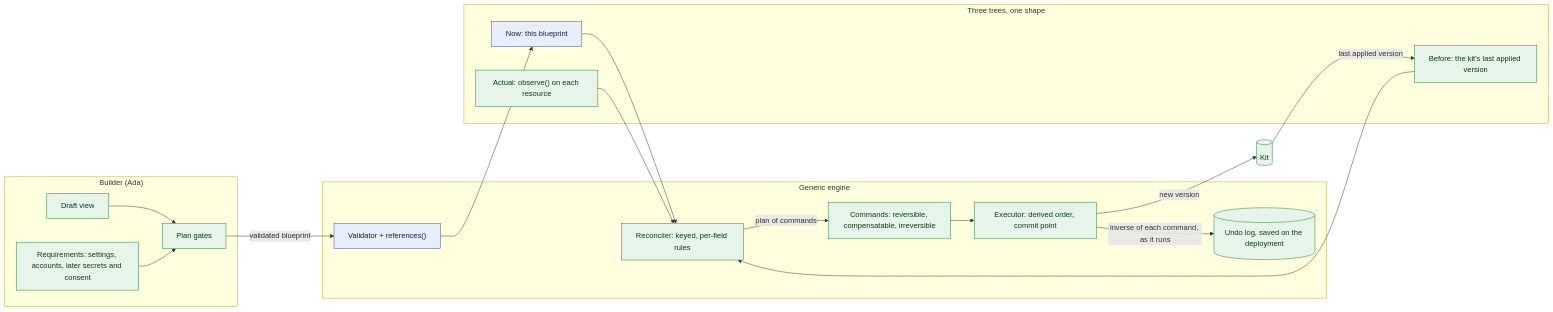
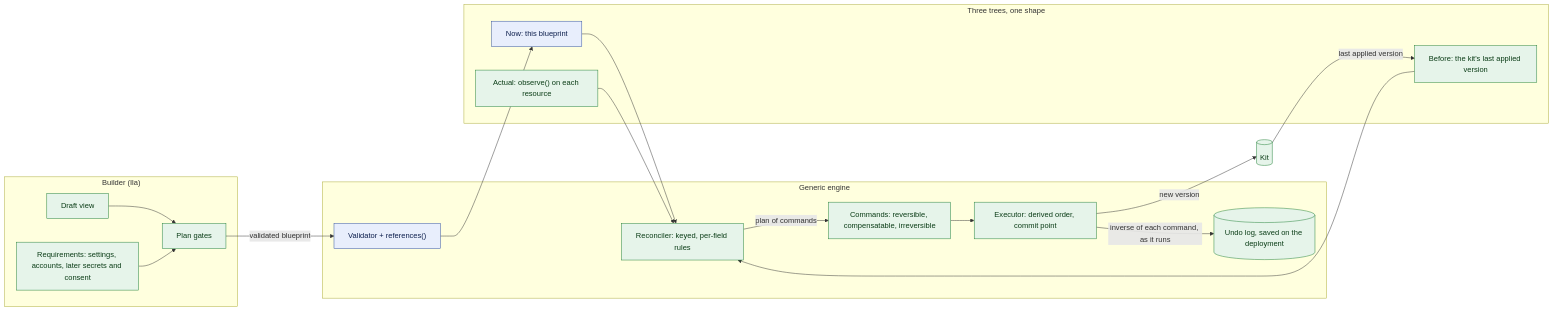
One commit to vslala/innomightlabs-dynamic-agent-builder changed the diagram in docs/REFACTOR-blueprints.md. Above: the diagram before and after it, drawn with Mermaid. The commit also changed other lines of this file and 64 other files, not shown here.

First line of the commit message:
Rename Ada to Ila

````diff
--- a/docs/REFACTOR-blueprints.md
+++ b/docs/REFACTOR-blueprints.md
@@ -397,33 +397,33 @@
 ```mermaid
 flowchart LR
     subgraph Inputs["Three trees, one shape"]
         NOW["Now: this blueprint"]
         BEFORE["Before: the kit's last applied version"]
         ACTUAL["Actual: observe() on each resource"]
     end
     subgraph Engine["Generic engine"]
         V["Validator + references()"]
         RC["Reconciler: keyed, per-field rules"]
         CMD["Commands: reversible, compensatable, irreversible"]
         EX["Executor: derived order, commit point"]
         J[("Undo log, saved on the deployment")]
     end
-    subgraph Builder["Builder (Ada)"]
+    subgraph Builder["Builder (Ila)"]
         D[Draft view]
         G[Plan gates]
         RQ["Requirements: settings, accounts, later secrets and consent"]
     end
     KIT[(Kit)]
 
     D --> G -- validated blueprint --> V --> NOW
     KIT -- last applied version --> BEFORE
     NOW & BEFORE & ACTUAL --> RC -- plan of commands --> CMD --> EX
     EX -- inverse of each command, as it runs --> J
     EX -- new version --> KIT
     RQ --> G
 
     classDef new fill:#e6f4ea,stroke:#1e7e34,color:#0b3d17
     classDef existing fill:#e8eefc,stroke:#2b4c9b,color:#0d1f4d
     class BEFORE,ACTUAL,RC,CMD,EX,J,D,G,RQ,KIT new
     class NOW,V existing
 ```
````
